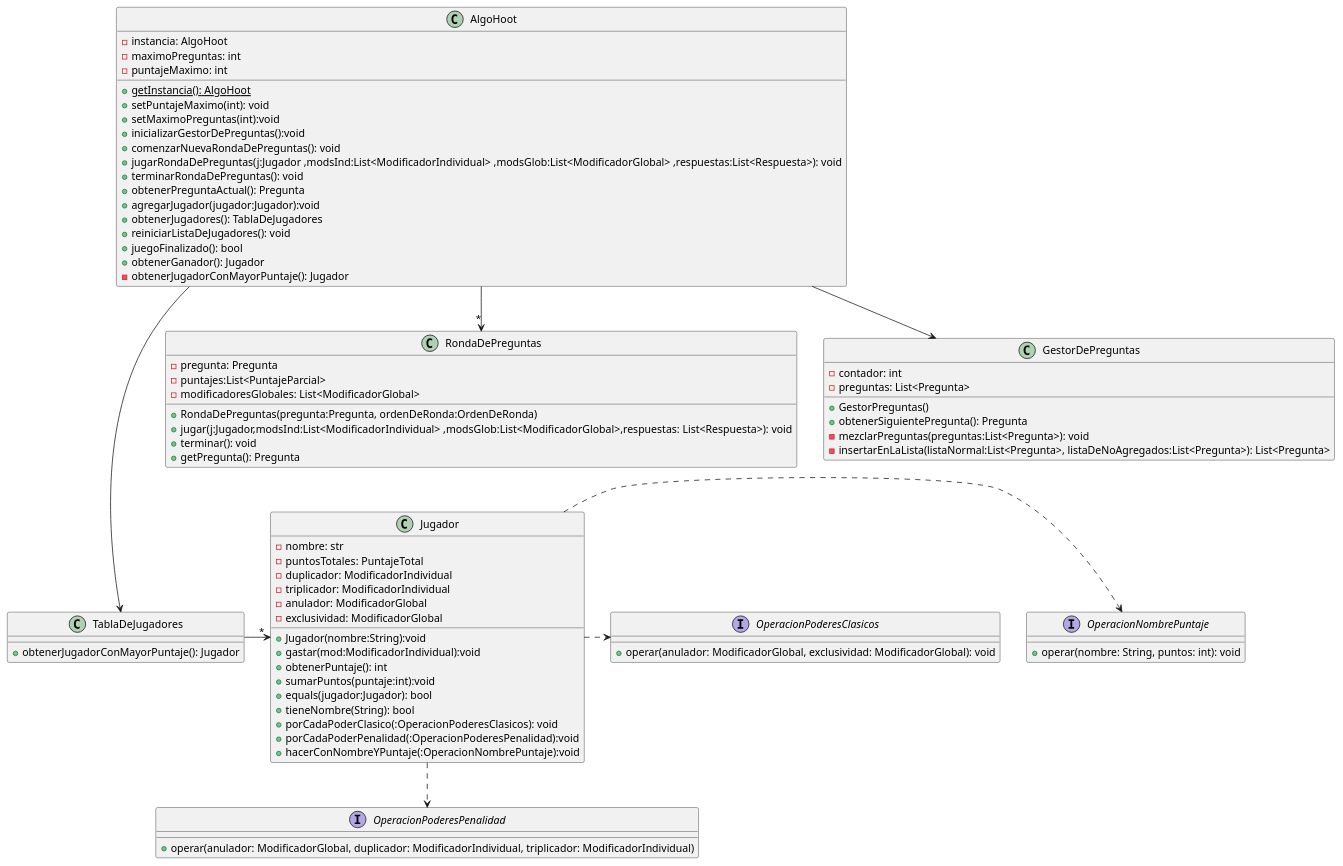
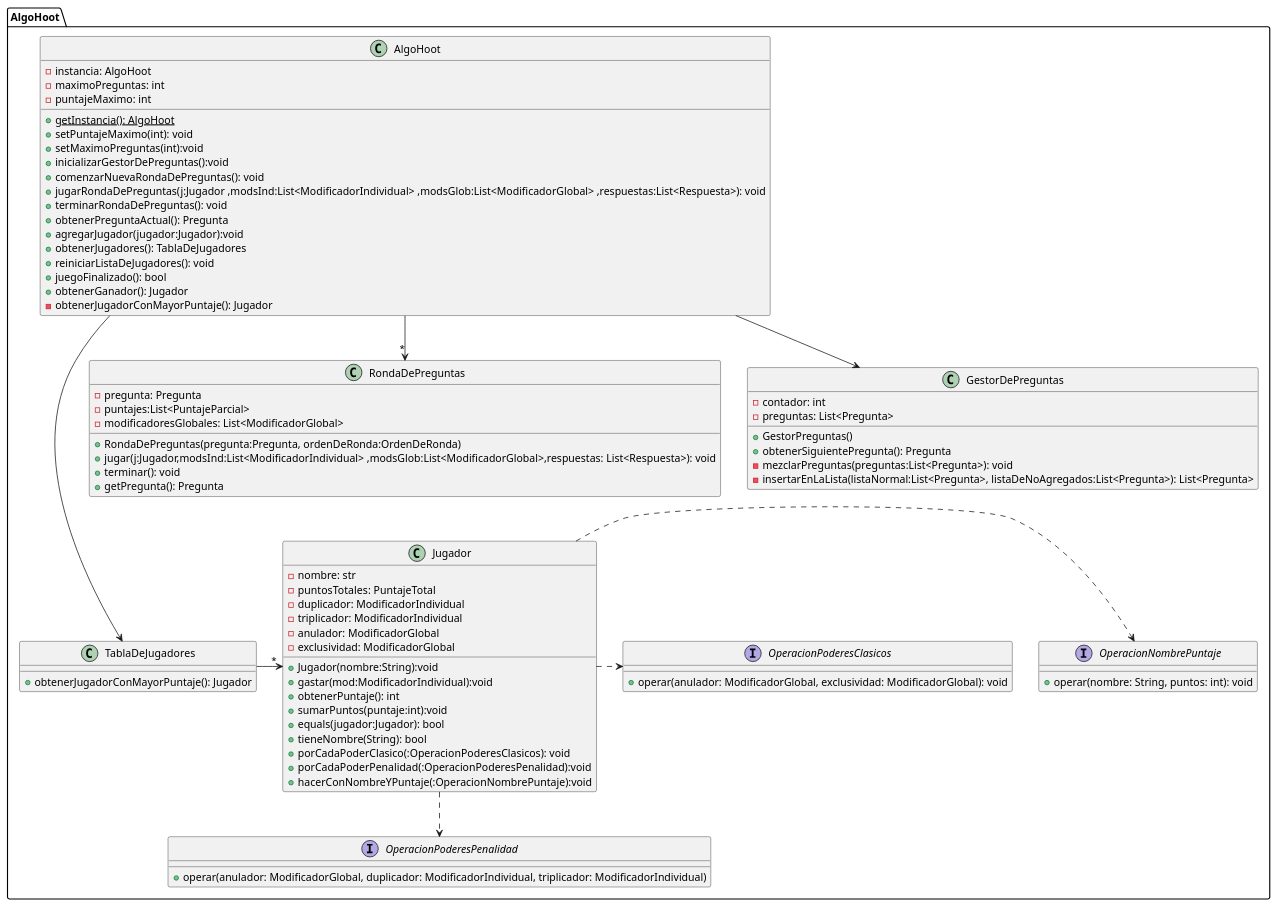
Before and after one commit to ValentinMarturet/ALGO3-TP2: the diagram in diagrams/classes/entregaFinal/AlgoHoot.puml, drawn with PlantUML. The commit also changed 1 other file, not shown here.

Commit message:
Fix diagramas

```diff
--- a/diagrams/classes/entregaFinal/AlgoHoot.puml
+++ b/diagrams/classes/entregaFinal/AlgoHoot.puml
@@ -1,88 +1,90 @@
 @startuml
 'https://plantuml.com/class-diagram
+package AlgoHoot {
 
 class AlgoHoot {
     - instancia: AlgoHoot
     - maximoPreguntas: int
     - puntajeMaximo: int
     + {static}getInstancia(): AlgoHoot
     + setPuntajeMaximo(int): void
     + setMaximoPreguntas(int):void
     + inicializarGestorDePreguntas():void
     + comenzarNuevaRondaDePreguntas(): void
     + jugarRondaDePreguntas(j:Jugador ,modsInd:List<ModificadorIndividual> ,modsGlob:List<ModificadorGlobal> ,respuestas:List<Respuesta>): void
     + terminarRondaDePreguntas(): void
     + obtenerPreguntaActual(): Pregunta
     + agregarJugador(jugador:Jugador):void
     + obtenerJugadores(): TablaDeJugadores
     + reiniciarListaDeJugadores(): void
     + juegoFinalizado(): bool
     + obtenerGanador(): Jugador
     - obtenerJugadorConMayorPuntaje(): Jugador
 }
 
 class RondaDePreguntas {
     - pregunta: Pregunta
     - puntajes:List<PuntajeParcial>
     - modificadoresGlobales: List<ModificadorGlobal>
     + RondaDePreguntas(pregunta:Pregunta, ordenDeRonda:OrdenDeRonda)
     + jugar(j:Jugador,modsInd:List<ModificadorIndividual> ,modsGlob:List<ModificadorGlobal>,respuestas: List<Respuesta>): void
     + terminar(): void
     + getPregunta(): Pregunta
 }
 
 class GestorDePreguntas {
     - contador: int
     - preguntas: List<Pregunta>
     + GestorPreguntas()
     + obtenerSiguientePregunta(): Pregunta
     - mezclarPreguntas(preguntas:List<Pregunta>): void
     - insertarEnLaLista(listaNormal:List<Pregunta>, listaDeNoAgregados:List<Pregunta>): List<Pregunta>
 }
 
 class Jugador {
     - nombre: str
     - puntosTotales: PuntajeTotal
     - duplicador: ModificadorIndividual
     - triplicador: ModificadorIndividual
     - anulador: ModificadorGlobal
     - exclusividad: ModificadorGlobal
     + Jugador(nombre:String):void
     + gastar(mod:ModificadorIndividual):void
     + obtenerPuntaje(): int
     + sumarPuntos(puntaje:int):void
     + equals(jugador:Jugador): bool
     + tieneNombre(String): bool
     + porCadaPoderClasico(:OperacionPoderesClasicos): void
     + porCadaPoderPenalidad(:OperacionPoderesPenalidad):void
     + hacerConNombreYPuntaje(:OperacionNombrePuntaje):void
 }
 
 
 
 class TablaDeJugadores {
     + obtenerJugadorConMayorPuntaje(): Jugador
 }
 
 interface OperacionPoderesClasicos {
     + operar(anulador: ModificadorGlobal, exclusividad: ModificadorGlobal): void
 }
 interface OperacionNombrePuntaje {
     + operar(nombre: String, puntos: int): void
 }
 interface OperacionPoderesPenalidad {
     + operar(anulador: ModificadorGlobal, duplicador: ModificadorIndividual, triplicador: ModificadorIndividual)
 }
 
 
+
 AlgoHoot --> "*" RondaDePreguntas
 AlgoHoot --> GestorDePreguntas
 AlgoHoot ---> TablaDeJugadores
 
 TablaDeJugadores -right-> "*" Jugador
 
 Jugador .> OperacionNombrePuntaje
 Jugador .> OperacionPoderesClasicos
 Jugador ..> OperacionPoderesPenalidad
 
 @enduml
```
